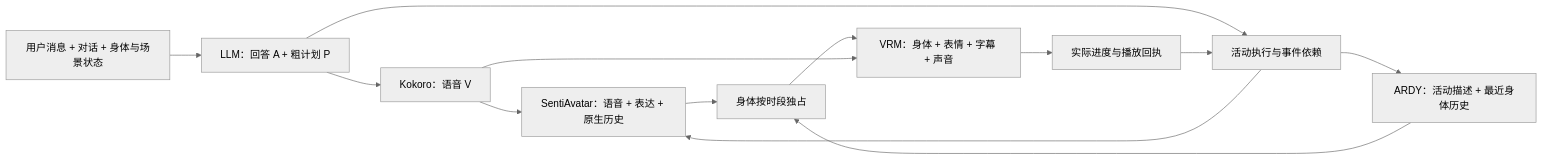
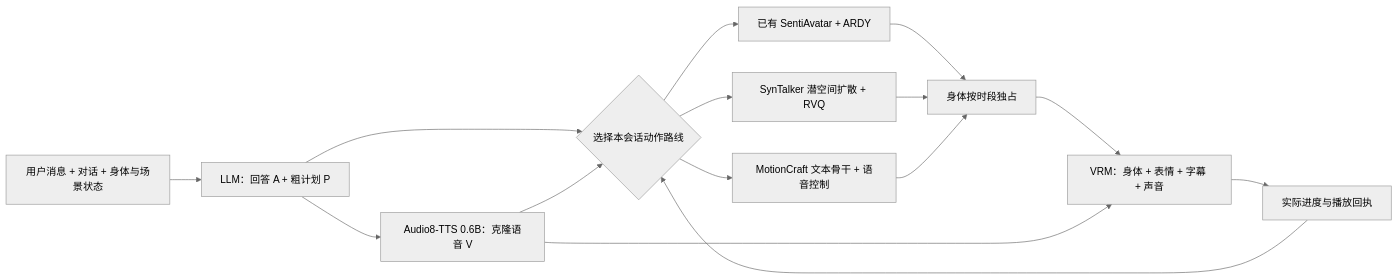
One commit to Moonweave-AI/virea changed the diagram in README.zh-CN.md. Above: the diagram before and after it, drawn with Mermaid (neutral theme). The commit also changed other lines of this file and 133 other files, not shown here.

First line of the commit message:
feat(character): add independent MotionCraft and SynTalker performances

````diff
--- a/README.zh-CN.md
+++ b/README.zh-CN.md
@@ -68,15 +125,17 @@
 ```mermaid
 flowchart LR
     U[用户消息 + 对话 + 身体与场景状态] --> L[LLM：回答 A + 粗计划 P]
-    L --> V[Kokoro：语音 V]
-    L --> E[活动执行与事件依赖]
-    V --> S[SentiAvatar：语音 + 表达 + 原生历史]
-    E --> S
-    E --> A[ARDY：活动描述 + 最近身体历史]
+    L --> V[Audio8-TTS 0.6B：克隆语音 V]
+    L --> E{选择本会话动作路线}
+    V --> E
+    E --> S[已有 SentiAvatar + ARDY]
+    E --> M[MotionCraft 文本骨干 + 语音控制]
+    E --> A[SynTalker 潜空间扩散 + RVQ]
     S --> B[身体按时段独占]
     A --> B
+    M --> B
     B --> R[VRM：身体 + 表情 + 字幕 + 声音]
     V --> R
     R --> F[实际进度与播放回执]
     F --> E
 ```
````
